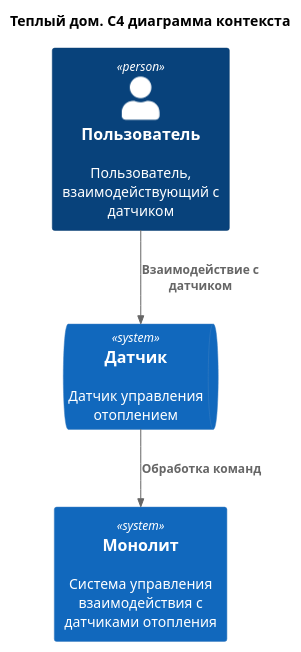
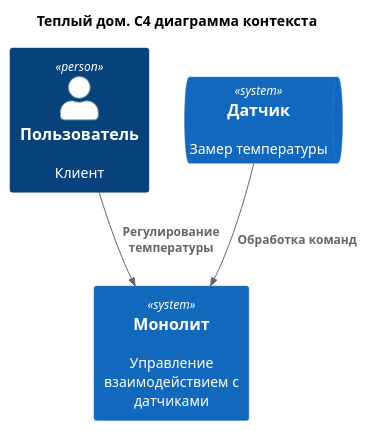
The diagram in c4_context.puml (realjungleman/architecture-warmhouse), drawn with PlantUML before and after one commit. The commit also changed 1 other file, not shown here.

```diff
--- a/c4_context.puml
+++ b/c4_context.puml
@@ -1,15 +1,15 @@
 @startuml
 title Теплый дом. С4 диаграмма контекста
 
 top to bottom direction
 
 !includeurl https://raw.githubusercontent.com/RicardoNiepel/C4-PlantUML/master/C4_Component.puml
 
-Person(user, "Пользователь", "Пользователь, взаимодействующий с датчиком")
+Person(user, "Пользователь", "Клиент")
 
-System(MainSystem, "Монолит", "Система управления взаимодействия с датчиками отопления")
-SystemQueue(Sensor, "Датчик", "Датчик управления отоплением")
+System(MainSystem, "Монолит", "Управление взаимодействием с датчиками")
+SystemQueue(Sensor, "Датчик", "Замер температуры")
 
-Rel(user, Sensor, "Взаимодействие с датчиком")
+Rel(user, MainSystem, "Регулирование температуры")
 Rel(Sensor, MainSystem, "Обработка команд")
 @enduml
```
